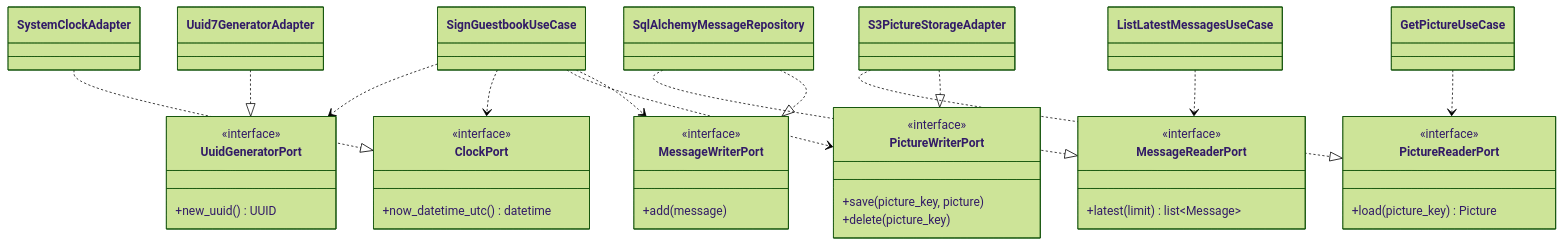
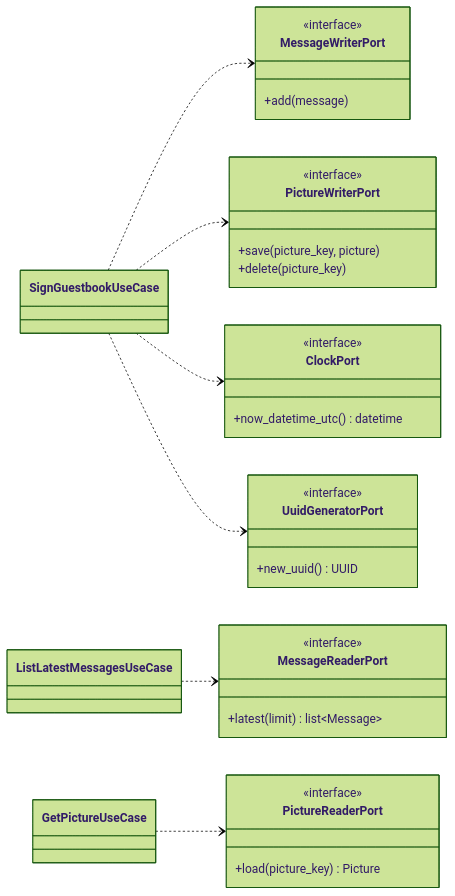
Before and after one commit to CesarBallardini/guestbook-on-floci: diagram 13 of 17 in docs/guestbook.md, drawn with Mermaid (forest theme). The commit also changed other lines of this file, not shown here.

First line of the commit message:
docs: split the architecture diagrams by adapters and use cases

````diff
--- a/docs/guestbook.md
+++ b/docs/guestbook.md
@@ -275,51 +425,40 @@
 ```mermaid
 classDiagram
+    direction LR
     class MessageWriterPort {
         <<interface>>
         +add(message)
     }
     class MessageReaderPort {
         <<interface>>
         +latest(limit) list~Message~
     }
     class PictureWriterPort {
         <<interface>>
         +save(picture_key, picture)
         +delete(picture_key)
     }
     class PictureReaderPort {
         <<interface>>
         +load(picture_key) Picture
     }
     class ClockPort {
         <<interface>>
         +now_datetime_utc() datetime
     }
     class UuidGeneratorPort {
         <<interface>>
         +new_uuid() UUID
     }
 
     class SignGuestbookUseCase
     class ListLatestMessagesUseCase
     class GetPictureUseCase
 
-    class SqlAlchemyMessageRepository
-    class S3PictureStorageAdapter
-    class SystemClockAdapter
-    class Uuid7GeneratorAdapter
-
     SignGuestbookUseCase ..> MessageWriterPort
     SignGuestbookUseCase ..> PictureWriterPort
     SignGuestbookUseCase ..> ClockPort
     SignGuestbookUseCase ..> UuidGeneratorPort
     ListLatestMessagesUseCase ..> MessageReaderPort
     GetPictureUseCase ..> PictureReaderPort
-
-    SqlAlchemyMessageRepository ..|> MessageWriterPort
-    SqlAlchemyMessageRepository ..|> MessageReaderPort
-    S3PictureStorageAdapter ..|> PictureWriterPort
-    S3PictureStorageAdapter ..|> PictureReaderPort
-    SystemClockAdapter ..|> ClockPort
-    Uuid7GeneratorAdapter ..|> UuidGeneratorPort
 ```
````
